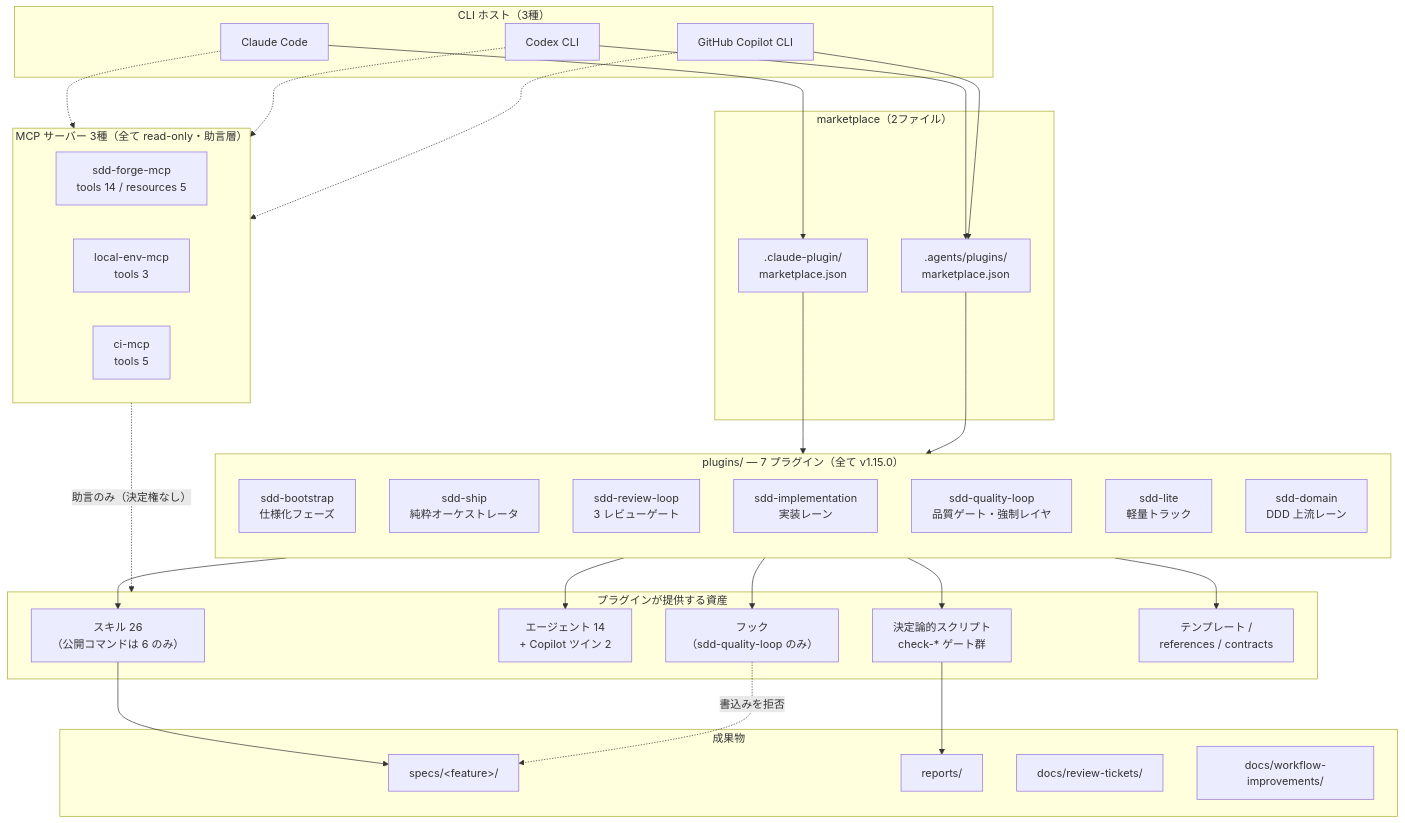
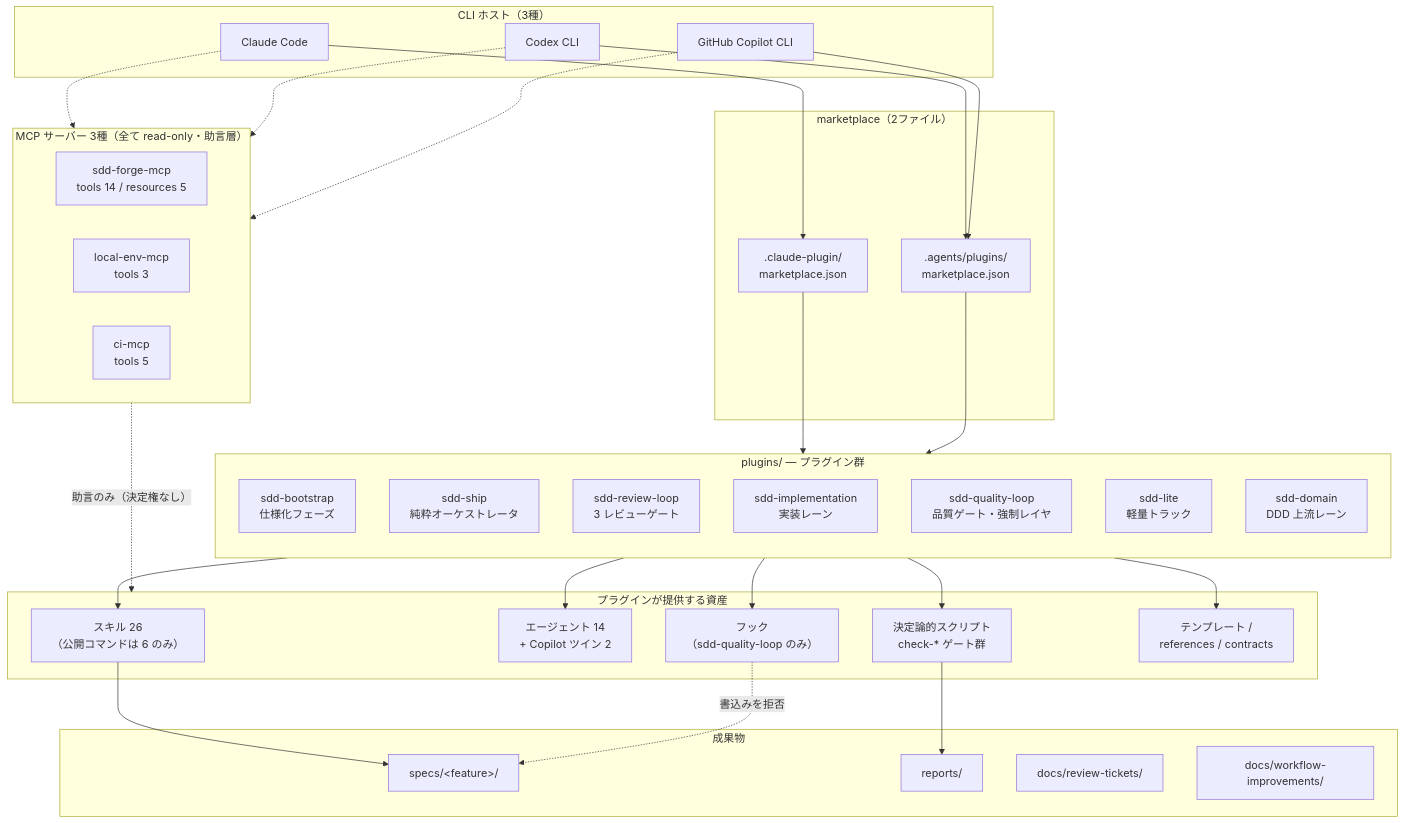
One commit to aharada54914/sdd-forge changed the first of 2 diagrams in docs/architecture/overview.md. Above: the diagram before and after it, drawn with Mermaid. The commit also changed 2 other files, not shown here.

Commit message:
docs: restructure README diagrams and add docs map (Phase 1)
- README: replace duplicated flow charts with a lifecycle diagram and a
  Full/Lite/Bugfix/brownfield track-selection diagram; compact doc map
- docs/README.md: new purpose-based documentation map (canonical)
- architecture/overview: drop the stale hard-coded plugin version label

Claude-Session: https://claude.ai/code/session_01C8vM3bNS4eWSTmjXdHqf9z

````diff
--- a/docs/architecture/overview.md
+++ b/docs/architecture/overview.md
@@ -11,67 +11,67 @@
 ```mermaid
 flowchart TD
     subgraph hosts["CLI ホスト（3種）"]
         CC["Claude Code"]
         CX["Codex CLI"]
         CP["GitHub Copilot CLI"]
     end
 
     subgraph mkt["marketplace（2ファイル）"]
         M1[".claude-plugin/<br/>marketplace.json"]
         M2[".agents/plugins/<br/>marketplace.json"]
     end
 
     CC --> M1
     CX --> M2
     CP --> M2
 
-    subgraph plugins["plugins/ — 7 プラグイン（全て v1.15.0）"]
+    subgraph plugins["plugins/ — プラグイン群"]
         direction TB
         PB["sdd-bootstrap<br/>仕様化フェーズ"]
         PS["sdd-ship<br/>純粋オーケストレータ"]
         PR["sdd-review-loop<br/>3 レビューゲート"]
         PI["sdd-implementation<br/>実装レーン"]
         PQ["sdd-quality-loop<br/>品質ゲート・強制レイヤ"]
         PL["sdd-lite<br/>軽量トラック"]
         PD["sdd-domain<br/>DDD 上流レーン"]
     end
 
     M1 --> plugins
     M2 --> plugins
 
     subgraph assets["プラグインが提供する資産"]
         SK["スキル 26<br/>（公開コマンドは 6 のみ）"]
         AG["エージェント 14<br/>+ Copilot ツイン 2"]
         HK["フック<br/>（sdd-quality-loop のみ）"]
         SC["決定論的スクリプト<br/>check-* ゲート群"]
         TP["テンプレート /<br/>references / contracts"]
     end
 
     plugins --> SK
     plugins --> AG
     plugins --> HK
     plugins --> SC
     plugins --> TP
 
     subgraph mcp["MCP サーバー 3種（全て read-only・助言層）"]
         MA["sdd-forge-mcp<br/>tools 14 / resources 5"]
         MB["local-env-mcp<br/>tools 3"]
         MC["ci-mcp<br/>tools 5"]
     end
 
     CC -.-> mcp
     CX -.-> mcp
     CP -.-> mcp
     mcp -. "助言のみ（決定権なし）" .-> assets
 
     subgraph out["成果物"]
         O1["specs/&lt;feature&gt;/"]
         O2["reports/"]
         O3["docs/review-tickets/"]
         O4["docs/workflow-improvements/"]
     end
 
     SK --> O1
     SC --> O2
     HK -. "書込みを拒否" .-> O1
 ```
````
